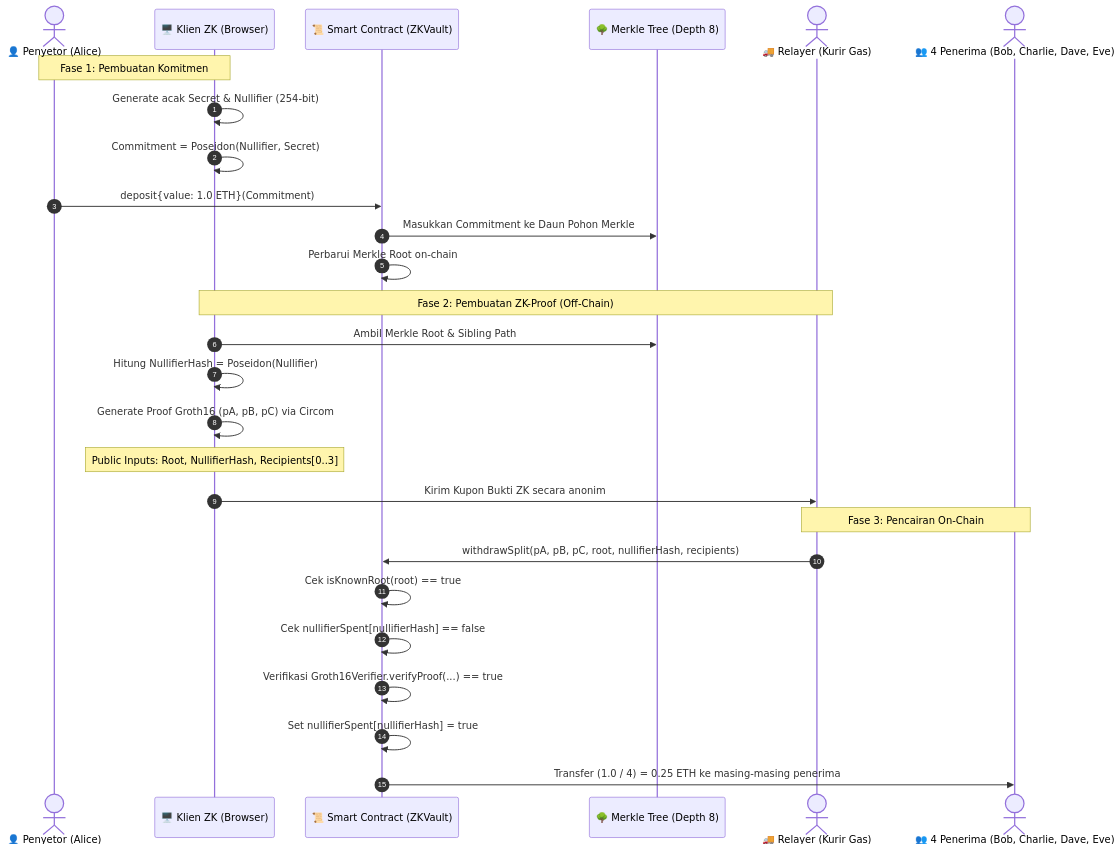
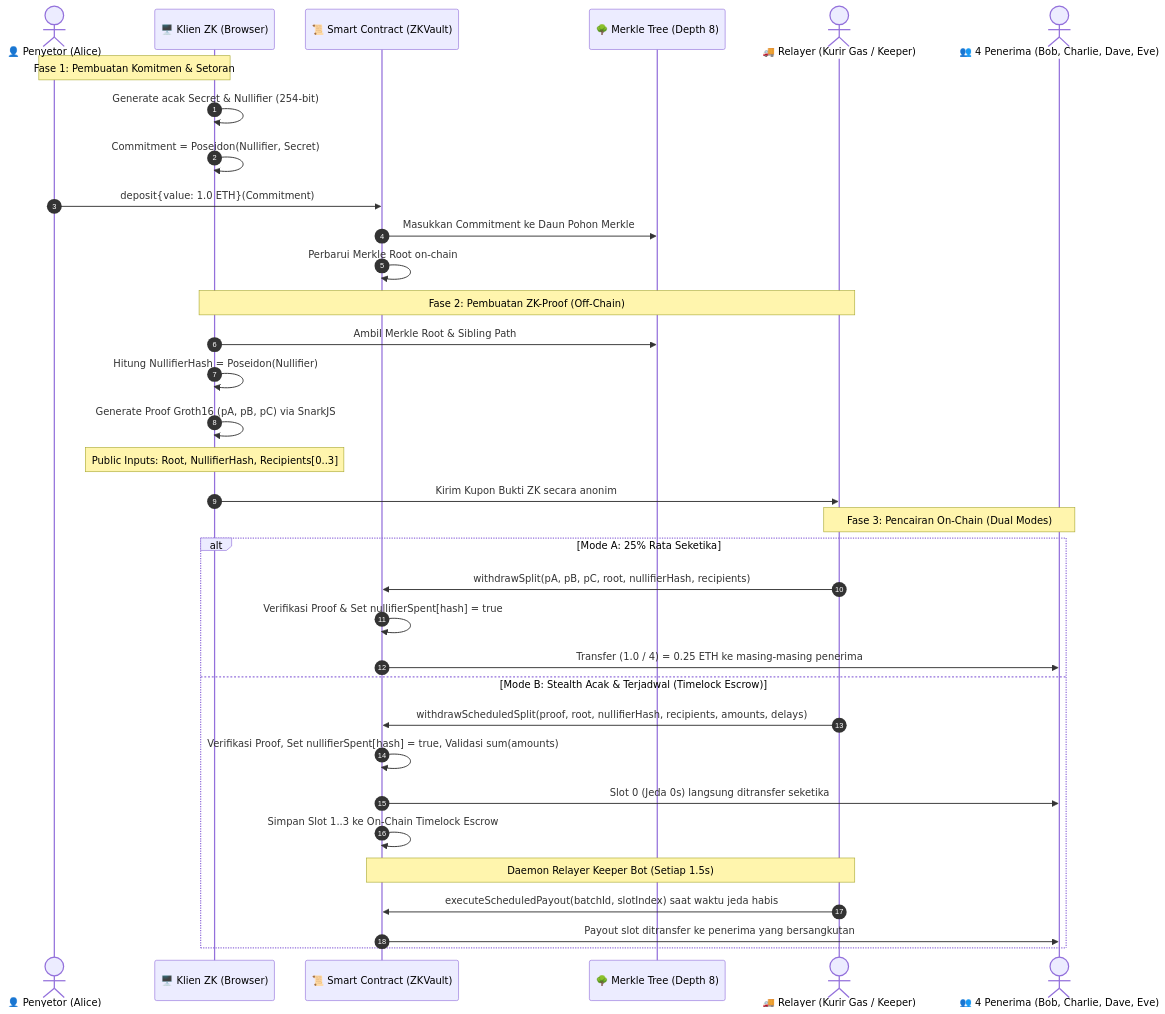
The diagram in README.md (IlhamEl777/zk-vault-splitter), drawn with Mermaid before and after one commit. The commit also changed other lines of this file and 16 other files, not shown here.

Commit message:
feat: implement stealth timed distribution, keeper daemon, attack simulator & update comprehensive project docs

````diff
--- a/README.md
+++ b/README.md
@@ -79,32 +99,39 @@
 ```mermaid
 sequenceDiagram
     autonumber
     actor Alice as 👤 Penyetor (Alice)
     participant Client as 🖥️ Klien ZK (Browser)
     participant Vault as 📜 Smart Contract (ZKVault)
     participant Tree as 🌳 Merkle Tree (Depth 8)
-    actor Relayer as 🚚 Relayer (Kurir Gas)
+    actor Relayer as 🚚 Relayer (Kurir Gas / Keeper)
     actor Recipients as 👥 4 Penerima (Bob, Charlie, Dave, Eve)
 
-    Note over Alice,Client: Fase 1: Pembuatan Komitmen
+    Note over Alice,Client: Fase 1: Pembuatan Komitmen & Setoran
     Client->>Client: Generate acak Secret & Nullifier (254-bit)
     Client->>Client: Commitment = Poseidon(Nullifier, Secret)
     Alice->>Vault: deposit{value: 1.0 ETH}(Commitment)
     Vault->>Tree: Masukkan Commitment ke Daun Pohon Merkle
     Vault->>Vault: Perbarui Merkle Root on-chain
 
     Note over Client,Relayer: Fase 2: Pembuatan ZK-Proof (Off-Chain)
     Client->>Tree: Ambil Merkle Root & Sibling Path
     Client->>Client: Hitung NullifierHash = Poseidon(Nullifier)
-    Client->>Client: Generate Proof Groth16 (pA, pB, pC) via Circom
+    Client->>Client: Generate Proof Groth16 (pA, pB, pC) via SnarkJS
     Note over Client: Public Inputs: Root, NullifierHash, Recipients[0..3]
     Client->>Relayer: Kirim Kupon Bukti ZK secara anonim
 
-    Note over Relayer,Recipients: Fase 3: Pencairan On-Chain
-    Relayer->>Vault: withdrawSplit(pA, pB, pC, root, nullifierHash, recipients)
-    Vault->>Vault: Cek isKnownRoot(root) == true
-    Vault->>Vault: Cek nullifierSpent[nullifierHash] == false
-    Vault->>Vault: Verifikasi Groth16Verifier.verifyProof(...) == true
-    Vault->>Vault: Set nullifierSpent[nullifierHash] = true
-    Vault->>Recipients: Transfer (1.0 / 4) = 0.25 ETH ke masing-masing penerima
+    Note over Relayer,Recipients: Fase 3: Pencairan On-Chain (Dual Modes)
+    alt Mode A: 25% Rata Seketika
+        Relayer->>Vault: withdrawSplit(pA, pB, pC, root, nullifierHash, recipients)
+        Vault->>Vault: Verifikasi Proof & Set nullifierSpent[hash] = true
+        Vault->>Recipients: Transfer (1.0 / 4) = 0.25 ETH ke masing-masing penerima
+    else Mode B: Stealth Acak & Terjadwal (Timelock Escrow)
+        Relayer->>Vault: withdrawScheduledSplit(proof, root, nullifierHash, recipients, amounts, delays)
+        Vault->>Vault: Verifikasi Proof, Set nullifierSpent[hash] = true, Validasi sum(amounts)
+        Vault->>Recipients: Slot 0 (Jeda 0s) langsung ditransfer seketika
+        Vault->>Vault: Simpan Slot 1..3 ke On-Chain Timelock Escrow
+        Note over Relayer,Vault: Daemon Relayer Keeper Bot (Setiap 1.5s)
+        Relayer->>Vault: executeScheduledPayout(batchId, slotIndex) saat waktu jeda habis
+        Vault->>Recipients: Payout slot ditransfer ke penerima yang bersangkutan
+    end
 ```
````
